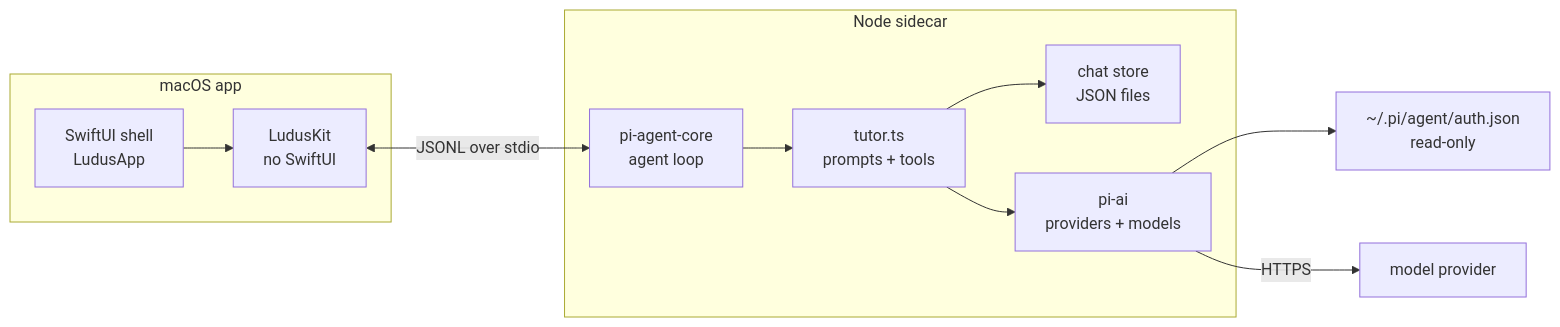
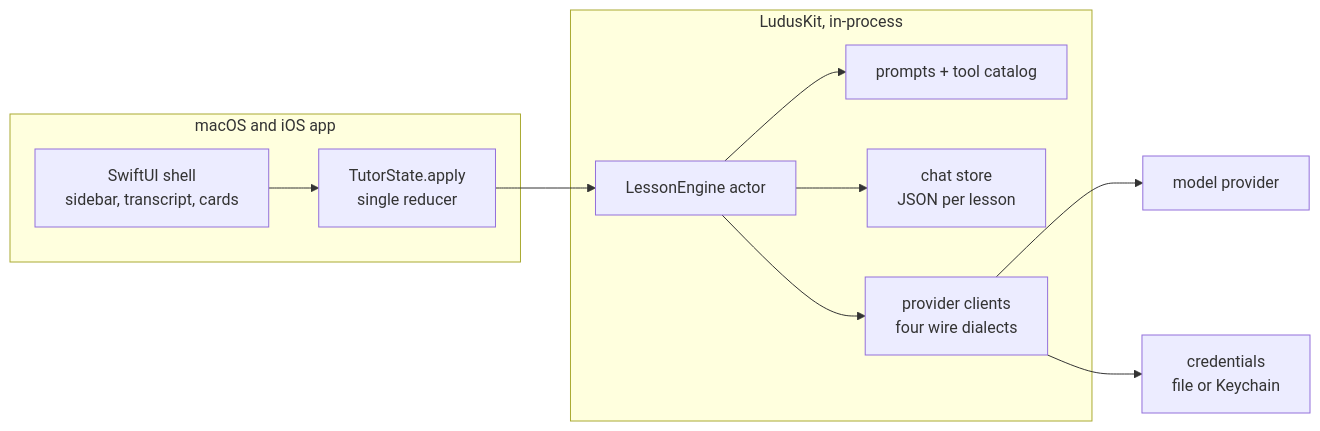
The second of 2 diagrams in src/content/writeups/ludus.md (xHugo21/xhugo21.github.io), drawn with Mermaid before and after one commit. The commit also changed other lines of this file and 6 other files, not shown here.

````diff
--- a/src/content/writeups/ludus.md
+++ b/src/content/writeups/ludus.md
@@ -50,22 +52,22 @@
 ```mermaid Ludus process boundary
 flowchart LR
-  subgraph mac["macOS app"]
-    UI["SwiftUI shell\nLudusApp"]
-    Core["LudusKit\nno SwiftUI"]
+  subgraph app["macOS and iOS app"]
+    UI["SwiftUI shell\nsidebar, transcript, cards"]
+    Reducer["TutorState.apply\nsingle reducer"]
   end
-  subgraph sidecar["Node sidecar"]
-    Loop["pi-agent-core\nagent loop"]
-    Tutor["tutor.ts\nprompts + tools"]
-    Store["chat store\nJSON files"]
-    Catalog["pi-ai\nproviders + models"]
+  subgraph kit["LudusKit, in-process"]
+    Engine["LessonEngine actor"]
+    Tools["prompts + tool catalog"]
+    Store["chat store\nJSON per lesson"]
+    Clients["provider clients\nfour wire dialects"]
   end
   Provider["model provider"]
-  Auth["~/.pi/agent/auth.json\nread-only"]
-  UI --> Core
-  Core <-->|"JSONL over stdio"| Loop
-  Loop --> Tutor
-  Tutor --> Catalog
-  Tutor --> Store
-  Catalog --> Auth
-  Catalog -->|"HTTPS"| Provider
+  Creds["credentials\nfile or Keychain"]
+  UI --> Reducer
+  Reducer --> Engine
+  Engine --> Tools
+  Engine --> Store
+  Engine --> Clients
+  Clients --> Provider
+  Clients --> Creds
 ```
````
